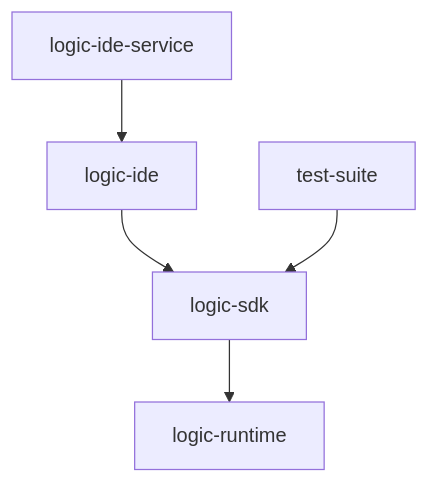
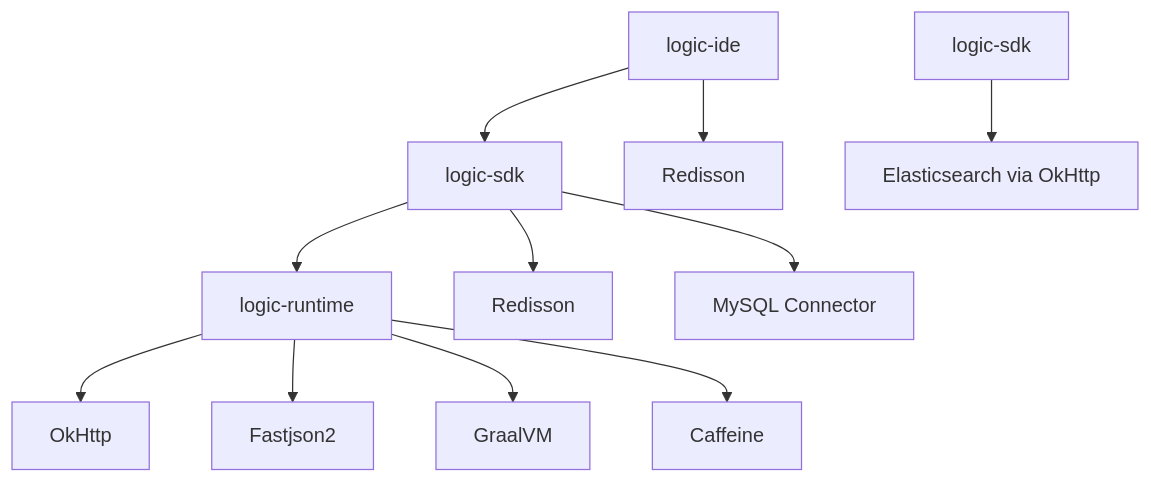
Before and after one commit to lk-keep-fighting/logic-solution: the fourth of 4 diagrams in .qoder/repowiki/zh/content/技术栈与依赖.md, drawn with Mermaid. The commit also changed other lines of this file and 104 other files, not shown here.

````diff
--- a/.qoder/repowiki/zh/content/技术栈与依赖.md
+++ b/.qoder/repowiki/zh/content/技术栈与依赖.md
@@ -183,7 +155,13 @@
 ```mermaid
 graph TD
 A[logic-ide] --> B[logic-sdk]
 B --> C[logic-runtime]
-D[test-suite] --> B
-E[logic-ide-service] --> A
+C --> D[OkHttp]
+C --> E[Fastjson2]
+C --> F[GraalVM]
+C --> G[Caffeine]
+B --> H[Redisson]
+B --> I[MySQL Connector]
+A --> J[Redisson]
+K[logic-sdk] --> L[Elasticsearch via OkHttp]
 ```
````
